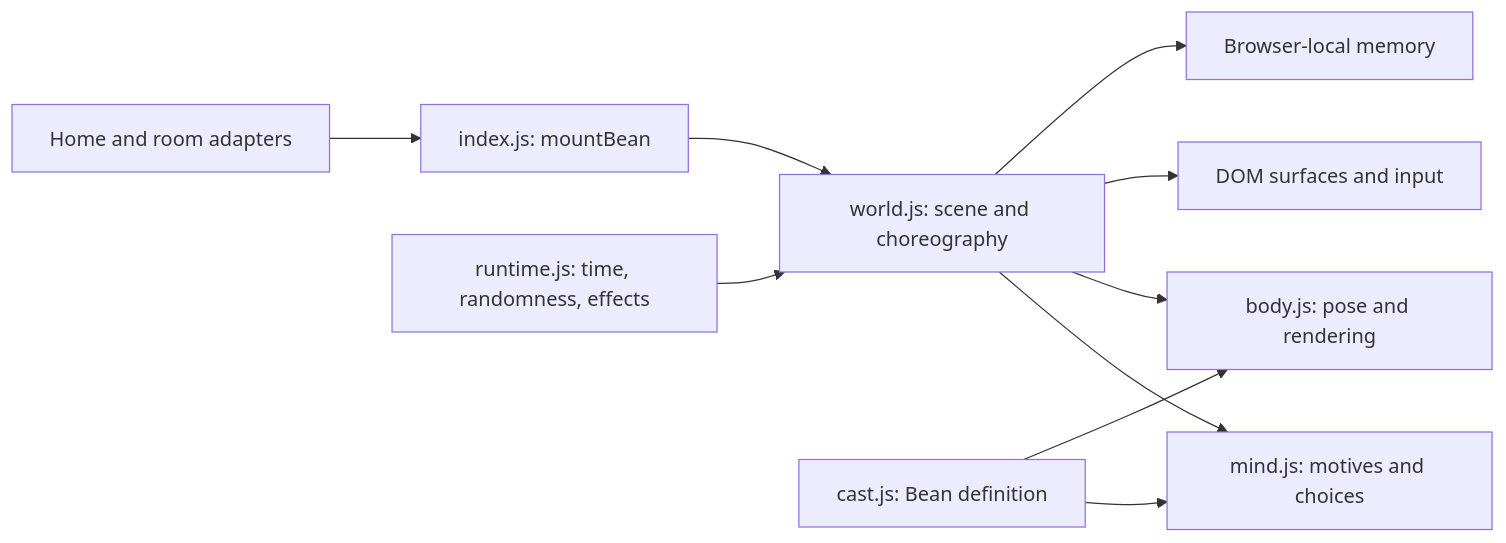
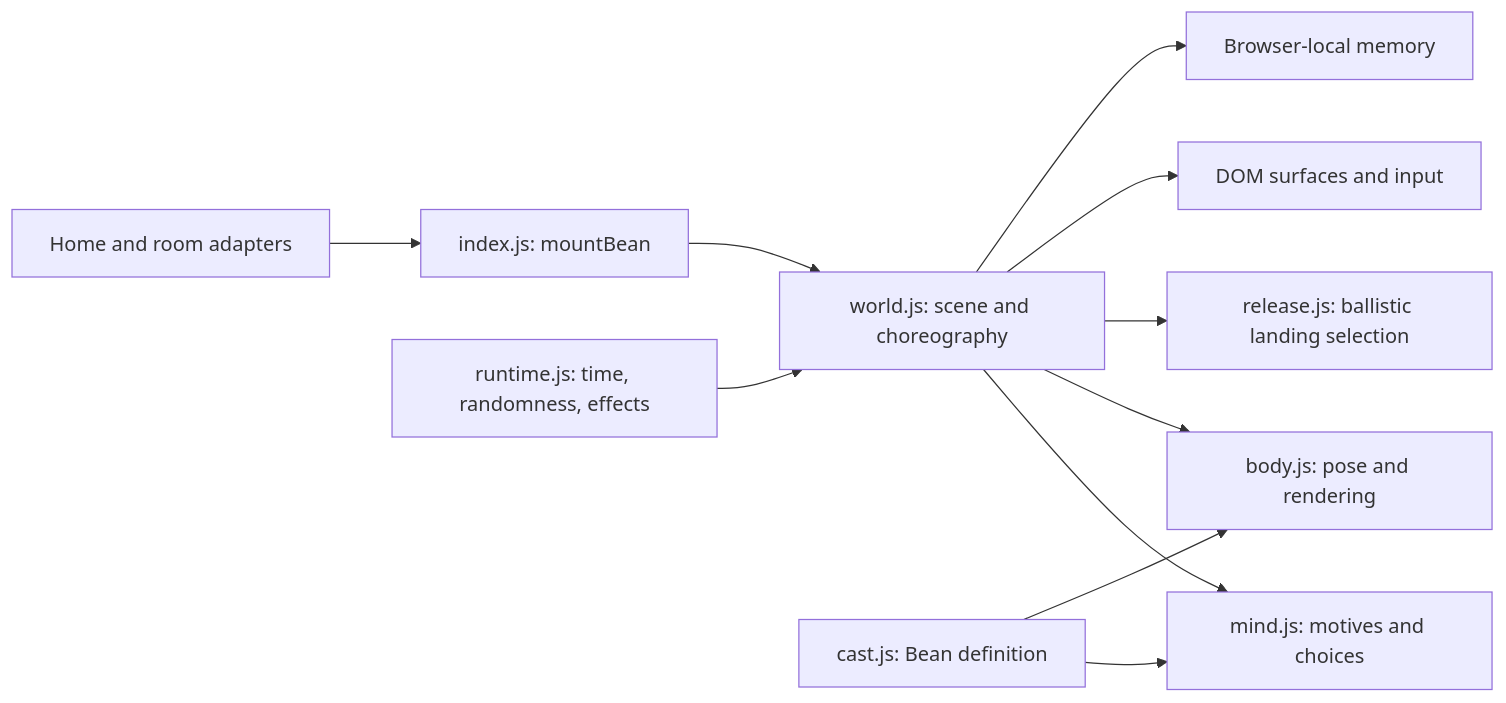
One commit to eZstah/partyplayback changed the diagram in docs/bean/ARCHITECTURE.md. Above: the diagram before and after it, drawn with Mermaid. The commit also changed other lines of this file and 36 other files, not shown here.

````diff
--- a/docs/bean/ARCHITECTURE.md
+++ b/docs/bean/ARCHITECTURE.md
@@ -6,12 +6,13 @@
 ```mermaid
 flowchart LR
   Pages[Home and room adapters] --> API[index.js: mountBean]
   API --> World[world.js: scene and choreography]
   Runtime[runtime.js: time, randomness, effects] --> World
   World --> Mind[mind.js: motives and choices]
   World --> Body[body.js: pose and rendering]
+  World --> Release[release.js: ballistic landing selection]
   Cast[cast.js: Bean definition] --> Mind
   Cast --> Body
   World --> Host[DOM surfaces and input]
   World --> Memory[Browser-local memory]
 ```
````
